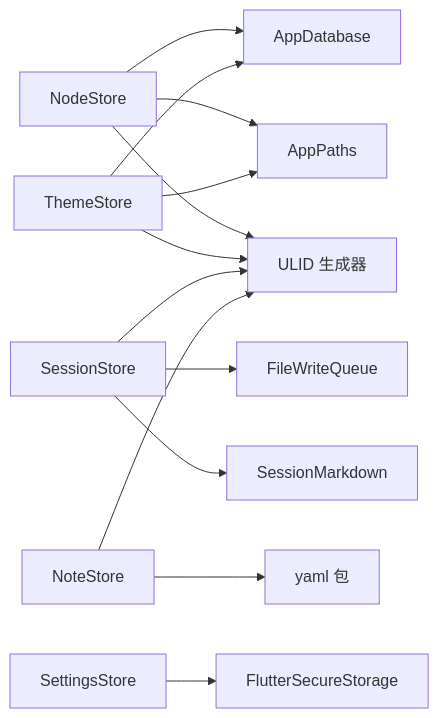
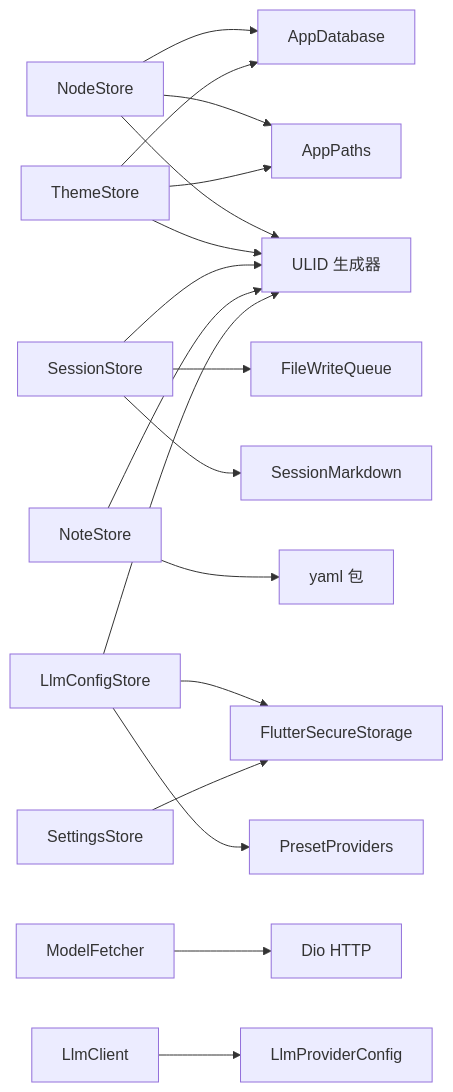
The seventh of 7 diagrams in .qoder/repowiki/zh/content/架构设计/数据层架构/数据层架构.md (Ykworm/thktree), drawn with Mermaid before and after one commit. The commit also changed other lines of this file and 45 other files, not shown here.

````diff
--- a/.qoder/repowiki/zh/content/架构设计/数据层架构/数据层架构.md
+++ b/.qoder/repowiki/zh/content/架构设计/数据层架构/数据层架构.md
@@ -415,15 +605,20 @@
 ```mermaid
 graph LR
 NS["NodeStore"] --> SDB["AppDatabase"]
 TS["ThemeStore"] --> SDB
 NS --> AP["AppPaths"]
 TS --> AP
 SES["SessionStore"] --> FQ["FileWriteQueue"]
 SES --> SM["SessionMarkdown"]
 NTS["NoteStore"] --> YAML["yaml 包"]
-SS["SettingsStore"] --> SEC["FlutterSecureStorage"]
+LCS["LlmConfigStore"] --> SEC["FlutterSecureStorage"]
+LCS --> PP["PresetProviders"]
+MF["ModelFetcher"] --> DIO["Dio HTTP"]
+LC["LlmClient"] --> LPC["LlmProviderConfig"]
+SS["SettingsStore"] --> SEC
 NS --> IDS["ULID 生成器"]
 TS --> IDS
 SES --> IDS
 NTS --> IDS
+LCS --> IDS
 ```
````
